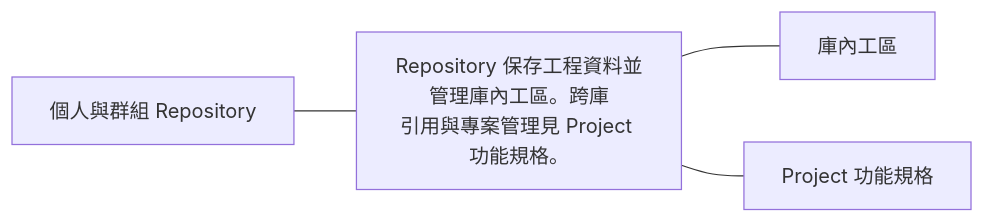
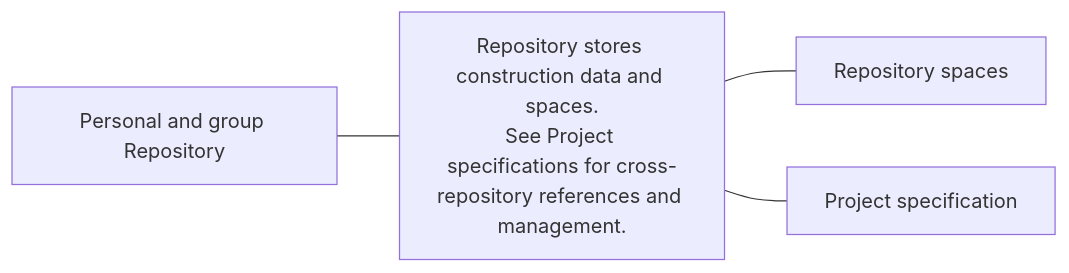
Before and after one commit to 963sup/line-mini-app-bot: the first of 12 diagrams in docs/domains/repository/README.md, drawn with Mermaid. The commit also changed other lines of this file and 341 other files, not shown here.

First line of the commit message:
docs: standardize repository guidance and consolidate service references

````diff
--- a/docs/domains/repository/README.md
+++ b/docs/domains/repository/README.md
@@ -51,9 +57,9 @@
 ```mermaid
 flowchart LR
-  h["個人與群組 Repository"]
-  h --- n0["Repository 保存工程資料並管理庫內工區。跨庫<br/>引用與專案管理見 Project 功能規格。"]
-  n0 --- n0l0["庫內工區"]
+  h["Personal and group Repository"]
+  h --- n0["Repository stores construction data and spaces.<br/>See Project specifications for cross-repository references and management."]
+  n0 --- n0l0["Repository spaces"]
   click n0l0 "spaces.md"
-  n0 --- n0l1["Project 功能規格"]
+  n0 --- n0l1["Project specification"]
   click n0l1 "../project/project.md"
 ```
````
